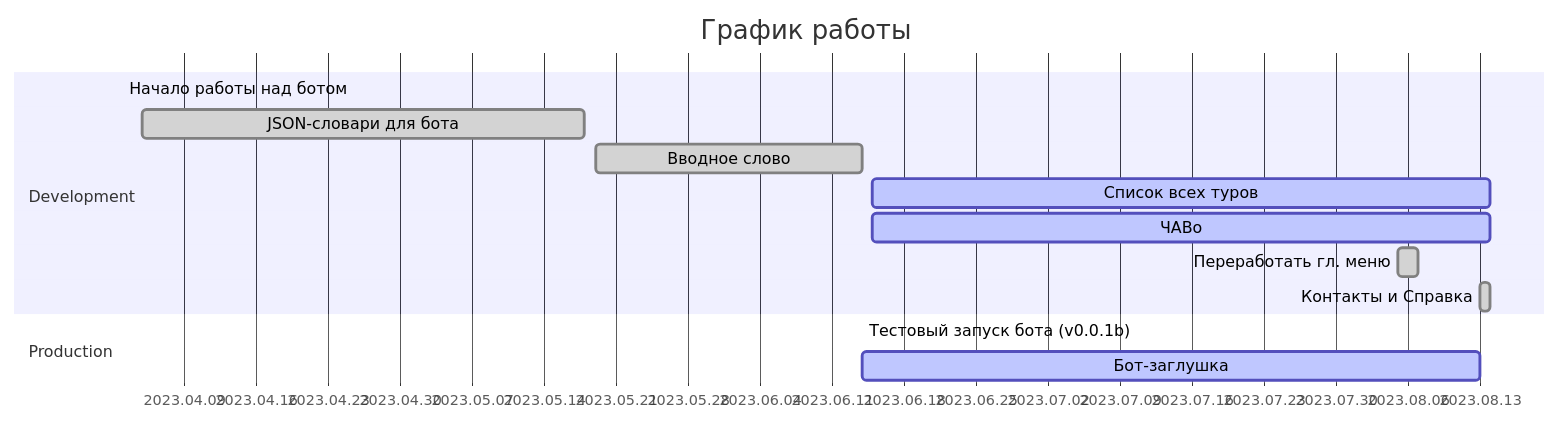
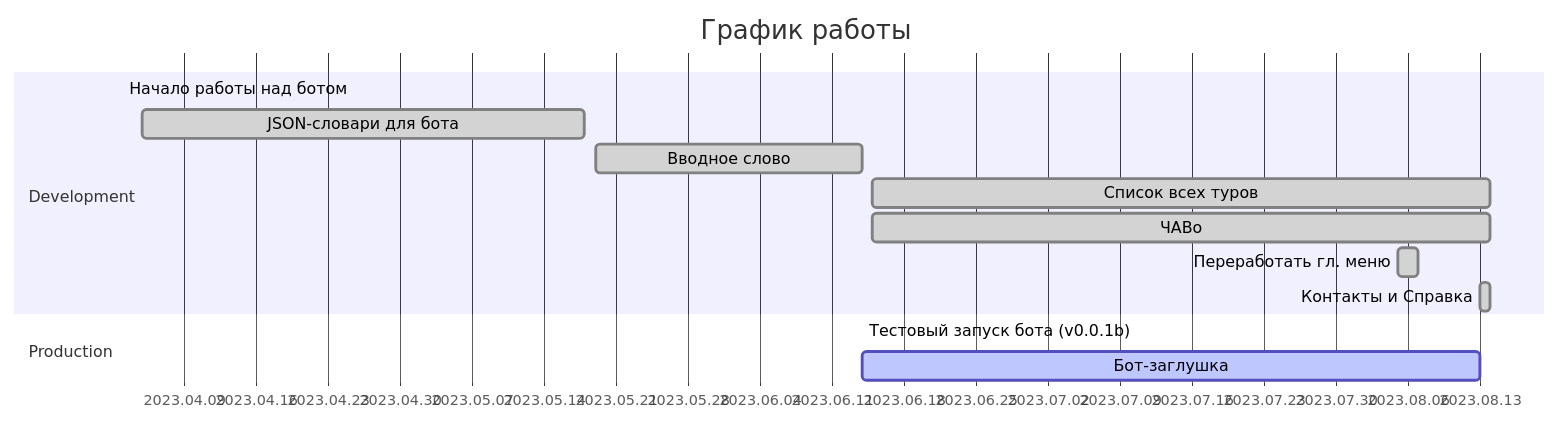
One commit to tropintropin/telegram_bot_peshehod_chat changed the first of 2 diagrams in README.md. Above: the diagram before and after it, drawn with Mermaid. The commit also changed other lines of this file, not shown here.

````diff
--- a/README.md
+++ b/README.md
@@ -47,18 +47,18 @@
 ```mermaid
 gantt
 title       График работы
 dateFormat  YYYY.MM.DD
 axisFormat  %Y.%m.%d
 excludes    
 section     Development
 Начало работы над ботом         :mileston,      2023.04.03, 
 JSON-словари для бота           :done,      a0, 2023.04.05, 2023.05.18
 Вводное слово                   :done,      a1, 2023.05.19, 2023.06.14
-Список всех туров               :active,    a2, 2023.06.15, 60d
-ЧАВо                            :active,    a3, 2023.06.15, 60d
+Список всех туров               :done,    a2, 2023.06.15, 60d
+ЧАВо                            :done,    a3, 2023.06.15, 60d
 Переработать гл. меню           :done,      a5, 2023.08.05, 2d
 Контакты и Справка              :done,      a6, 2023.08.13, 1d
 section     Production
 Тестовый запуск бота (v0.0.1b)  :mileston,      2023.06.14,
 Бот-заглушка                    :active,    b0, 2023.06.14, 60d
 ```
````
